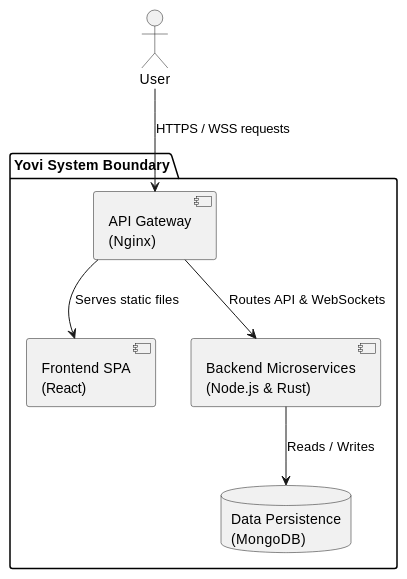
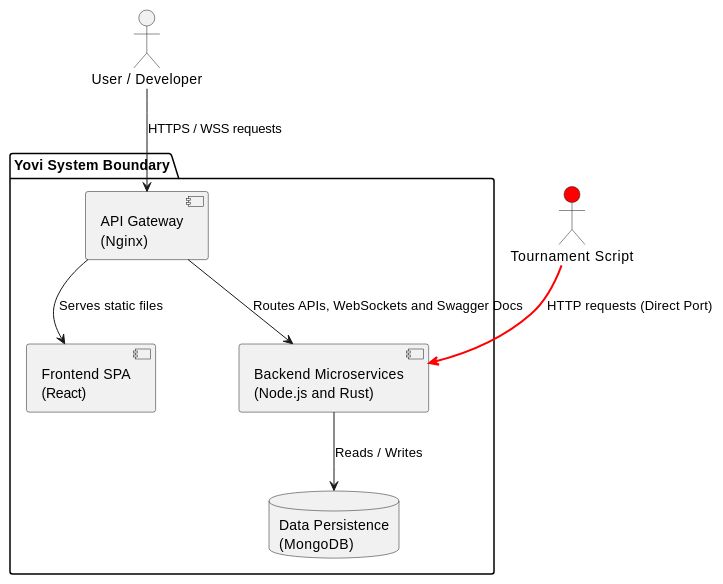
The first of 2 diagrams in docs/src/05_building_block_view.adoc (Arquisoft/yovi_es1a), drawn with PlantUML before and after one commit. The commit also changed other lines of this file, not shown here.

```diff
--- a/docs/src/05_building_block_view.adoc
+++ b/docs/src/05_building_block_view.adoc
@@ -19,18 +19,20 @@
 [plantuml]
 ----
 @startuml
-actor "User" as user
+actor "User / Developer" as user
+actor "Tournament Script" as tourney #Red
 
 package "Yovi System Boundary" {
     component "API Gateway\n(Nginx)" as gateway
     component "Frontend SPA\n(React)" as frontend
-    component "Backend Microservices\n(Node.js & Rust)" as backend
+    component "Backend Microservices\n(Node.js and Rust)" as backend
     database "Data Persistence\n(MongoDB)" as db
 }
 
 user --> gateway : HTTPS / WSS requests
+tourney -[#red,bold]-> backend : HTTP requests (Direct Port)
 gateway --> frontend : Serves static files
-gateway --> backend : Routes API & WebSockets
+gateway --> backend : Routes APIs, WebSockets and Swagger Docs
 backend --> db : Reads / Writes
 @enduml
 ----
```
